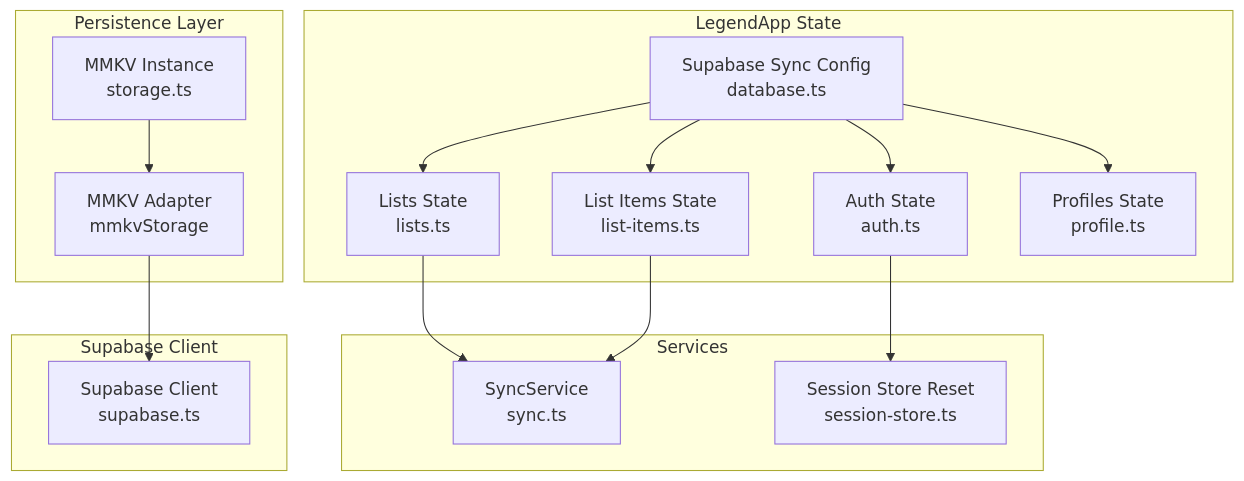
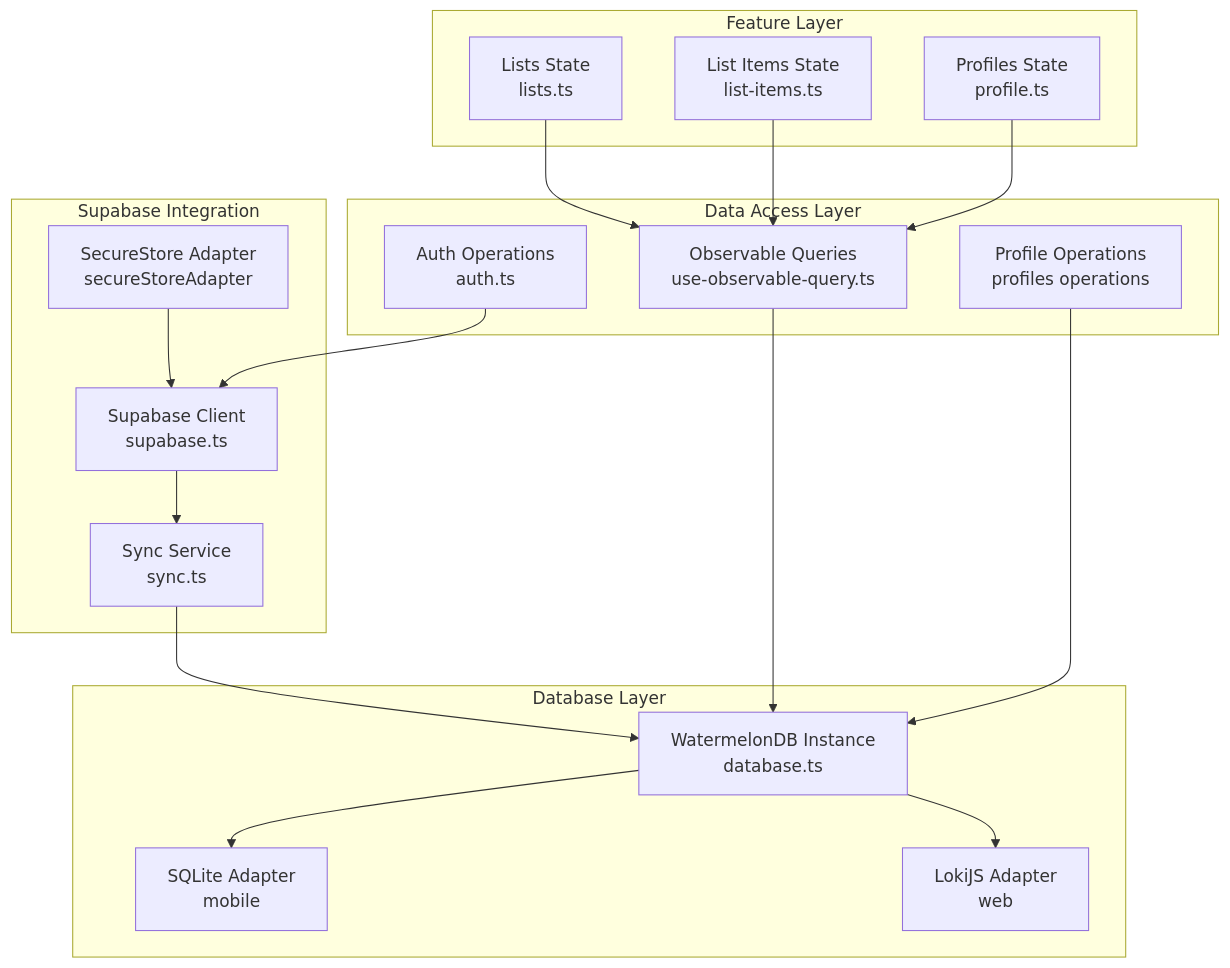
One commit to karllasouzza/PowerLists changed the first of 11 diagrams in .qoder/repowiki/en/content/State Management Architecture/Local Persistence with MMKV.md. Above: the diagram before and after it, drawn with Mermaid. The commit also changed other lines of this file and 5 other files, not shown here.

````diff
--- a/.qoder/repowiki/en/content/State Management Architecture/Local Persistence with MMKV.md
+++ b/.qoder/repowiki/en/content/State Management Architecture/Local Persistence with MMKV.md
@@ -40,30 +53,34 @@
 ```mermaid
 graph TB
-subgraph "Persistence Layer"
-MMKV["MMKV Instance<br/>storage.ts"]
-MMKVAdapter["MMKV Adapter<br/>mmkvStorage"]
+subgraph "Database Layer"
+WatermelonDB["WatermelonDB Instance<br/>database.ts"]
+SQLiteAdapter["SQLite Adapter<br/>mobile"]
+LokiJSAdapter["LokiJS Adapter<br/>web"]
 end
-subgraph "LegendApp State"
-AuthState["Auth State<br/>auth.ts"]
+subgraph "Supabase Integration"
+SecureStoreAdapter["SecureStore Adapter<br/>secureStoreAdapter"]
+SupabaseClient["Supabase Client<br/>supabase.ts"]
+SyncService["Sync Service<br/>sync.ts"]
+end
+subgraph "Data Access Layer"
+ObservableQueries["Observable Queries<br/>use-observable-query.ts"]
+AuthOperations["Auth Operations<br/>auth.ts"]
+ProfileOperations["Profile Operations<br/>profiles operations"]
+end
+subgraph "Feature Layer"
 ListsState["Lists State<br/>lists.ts"]
 ListItemsState["List Items State<br/>list-items.ts"]
 ProfilesState["Profiles State<br/>profile.ts"]
-SyncedConfig["Supabase Sync Config<br/>database.ts"]
 end
-subgraph "Services"
-SyncService["SyncService<br/>sync.ts"]
-SessionStore["Session Store Reset<br/>session-store.ts"]
-end
-subgraph "Supabase Client"
-SupabaseClient["Supabase Client<br/>supabase.ts"]
-end
-MMKV --> MMKVAdapter
-MMKVAdapter --> SupabaseClient
-SyncedConfig --> AuthState
-SyncedConfig --> ListsState
-SyncedConfig --> ListItemsState
-SyncedConfig --> ProfilesState
-AuthState --> SessionStore
-ListsState --> SyncService
-ListItemsState --> SyncService
+WatermelonDB --> SQLiteAdapter
+WatermelonDB --> LokiJSAdapter
+SecureStoreAdapter --> SupabaseClient
+SupabaseClient --> SyncService
+SyncService --> WatermelonDB
+ObservableQueries --> WatermelonDB
+AuthOperations --> SupabaseClient
+ProfileOperations --> WatermelonDB
+ListsState --> ObservableQueries
+ListItemsState --> ObservableQueries
+ProfilesState --> ObservableQueries
 ```
````
